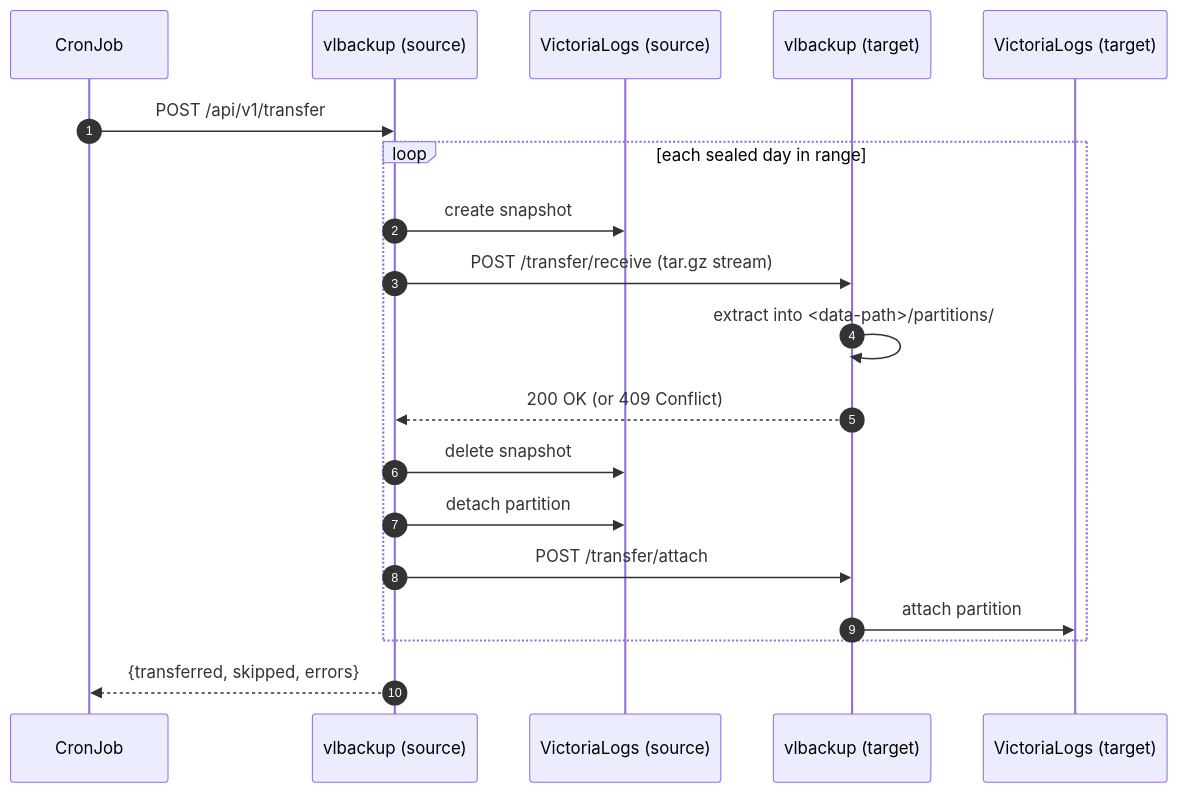
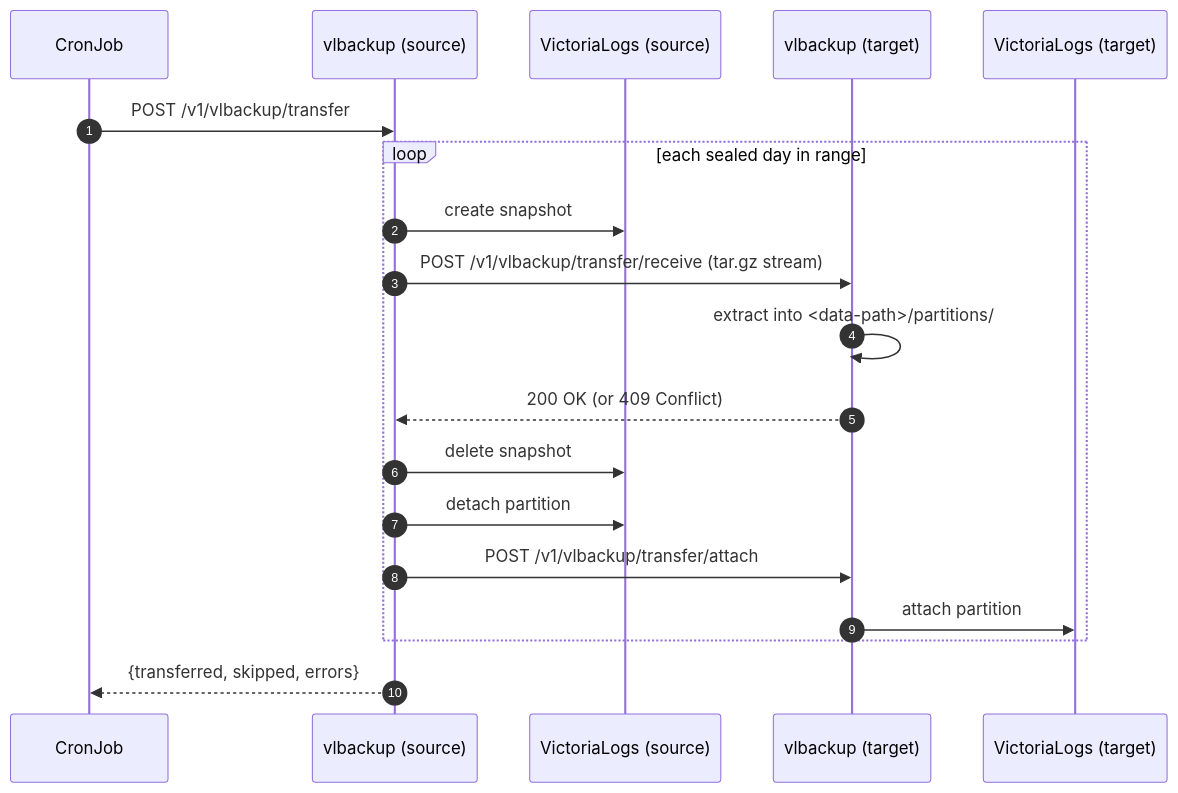
One commit to sbordeyne/vlbackup changed the diagram in docs/user-guide/partition-transfer.md. Above: the diagram before and after it, drawn with Mermaid. The commit also changed other lines of this file and 15 other files, not shown here.

````diff
--- a/docs/user-guide/partition-transfer.md
+++ b/docs/user-guide/partition-transfer.md
@@ -11,22 +11,22 @@
 ```mermaid
 sequenceDiagram
     autonumber
     participant Cron as CronJob
     participant Src as vlbackup (source)
     participant SrcVL as VictoriaLogs (source)
     participant Tgt as vlbackup (target)
     participant TgtVL as VictoriaLogs (target)
 
-    Cron->>Src: POST /api/v1/transfer
+    Cron->>Src: POST /v1/vlbackup/transfer
     loop each sealed day in range
         Src->>SrcVL: create snapshot
-        Src->>Tgt: POST /transfer/receive (tar.gz stream)
+        Src->>Tgt: POST /v1/vlbackup/transfer/receive (tar.gz stream)
         Tgt->>Tgt: extract into <data-path>/partitions/
         Tgt-->>Src: 200 OK (or 409 Conflict)
         Src->>SrcVL: delete snapshot
         Src->>SrcVL: detach partition
-        Src->>Tgt: POST /transfer/attach
+        Src->>Tgt: POST /v1/vlbackup/transfer/attach
         Tgt->>TgtVL: attach partition
     end
     Src-->>Cron: {transferred, skipped, errors}
 ```
````
